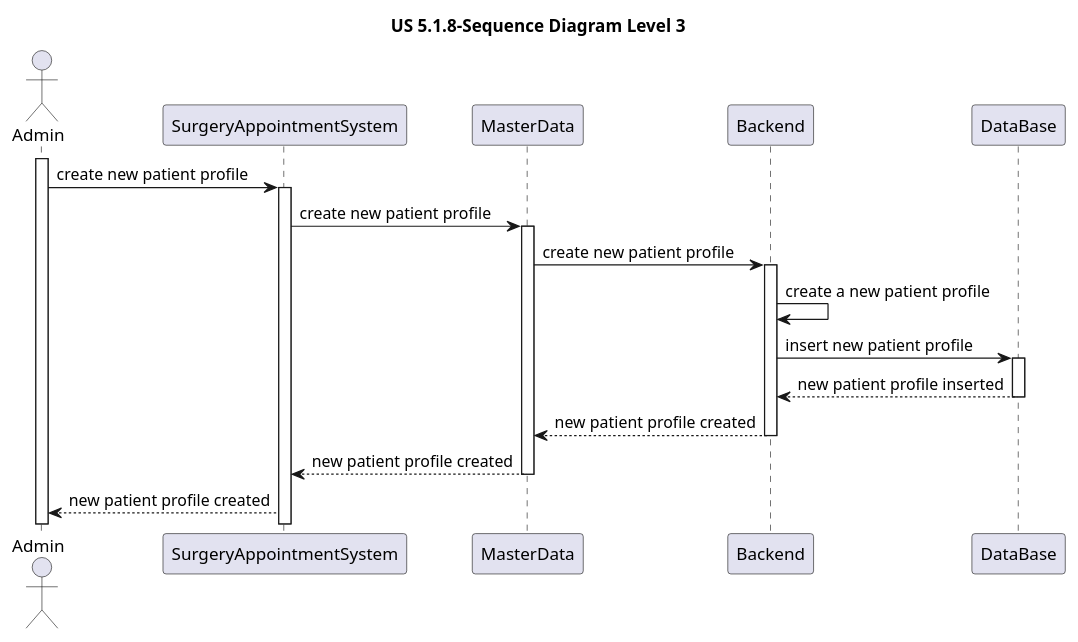
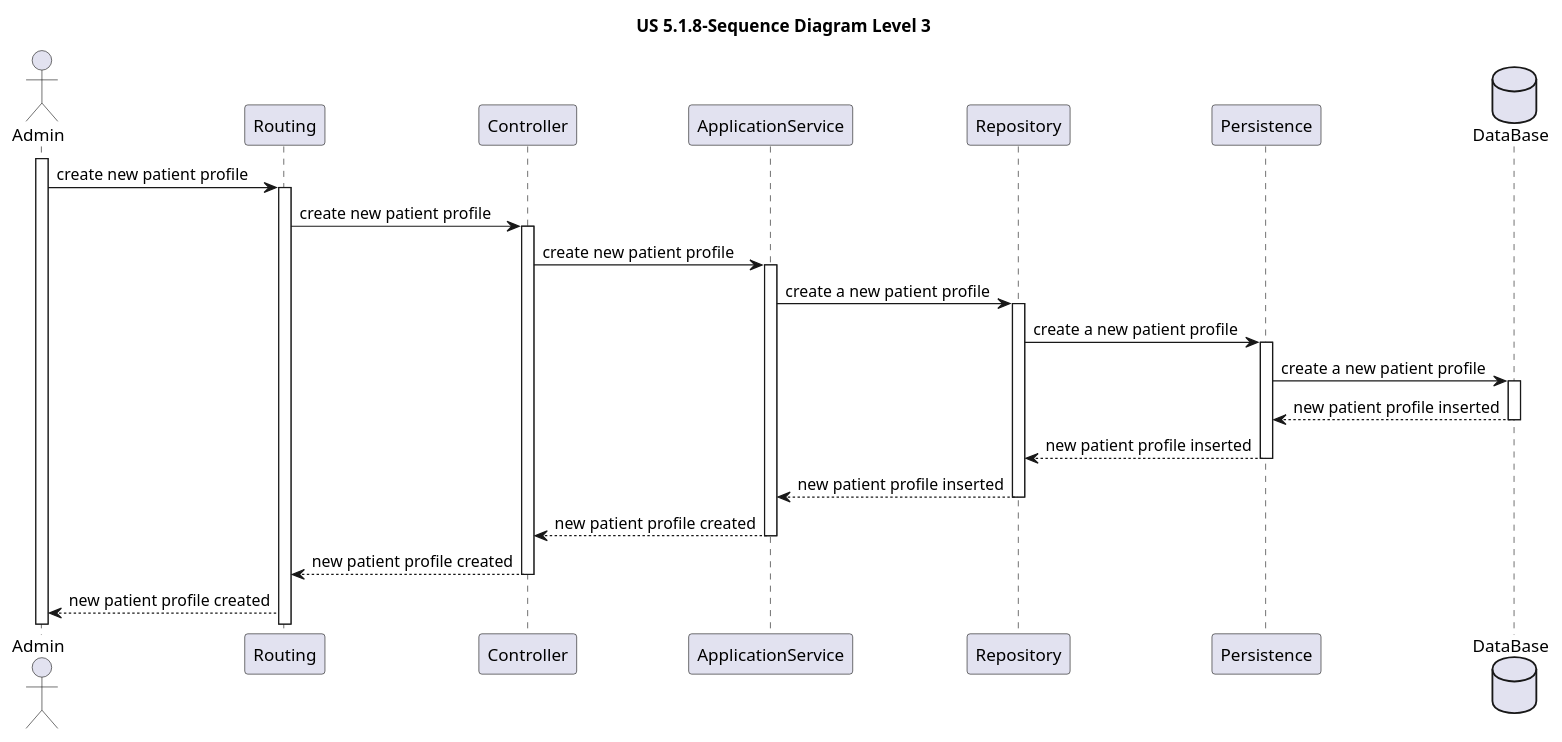
Before and after one commit to MateusCabral2004/sem5pi: the diagram in docs/Sprint 1/US 5.1.8/Sequence Diagrams/Level3/SD_Level3.puml, drawn with PlantUML. The commit also changed 7 other files, not shown here.

Commit message:
#23 sequence diagram level 1

```diff
--- a/docs/Sprint 1/US 5.1.8/Sequence Diagrams/Level3/SD_Level3.puml
+++ b/docs/Sprint 1/US 5.1.8/Sequence Diagrams/Level3/SD_Level3.puml
@@ -1,42 +1,55 @@
 @startuml
 
 title US 5.1.8-Sequence Diagram Level 3
 
 actor Admin
-participant SurgeryAppointmentSystem
-participant MasterData
-participant Backend
-participant DataBase
+participant Routing
+participant Routing
+participant Controller
+participant ApplicationService
+participant Repository
+participant Persistence
+database DataBase
 
 activate Admin
 
-Admin -> SurgeryAppointmentSystem: create new patient profile
+Admin -> Routing: create new patient profile
 
-activate SurgeryAppointmentSystem
+activate Routing
 
-SurgeryAppointmentSystem -> MasterData: create new patient profile
+Routing -> Controller: create new patient profile
 
-activate MasterData
+activate Controller
 
-MasterData -> Backend: create new patient profile
-activate Backend
+Controller -> ApplicationService: create new patient profile
+activate ApplicationService
 
-Backend -> Backend: create a new patient profile
+ApplicationService -> Repository: create a new patient profile
+activate Repository
 
-Backend -> DataBase: insert new patient profile
+Repository -> Persistence:create a new patient profile
+activate Persistence
+
+Persistence -> DataBase:create a new patient profile
 activate DataBase
 
-DataBase --> Backend: new patient profile inserted
+DataBase --> Persistence:new patient profile inserted
 deactivate DataBase
 
-Backend --> MasterData: new patient profile created
+Persistence --> Repository:new patient profile inserted
+deactivate Persistence
 
-deactivate Backend
+Repository --> ApplicationService: new patient profile inserted
+deactivate Repository
 
-MasterData --> SurgeryAppointmentSystem: new patient profile created
+ApplicationService --> Controller: new patient profile created
 
-deactivate MasterData
+deactivate ApplicationService
 
-SurgeryAppointmentSystem --> Admin: new patient profile created
+Controller --> Routing: new patient profile created
+
+deactivate Controller
+
+Routing --> Admin: new patient profile created
 
 @enduml
```
